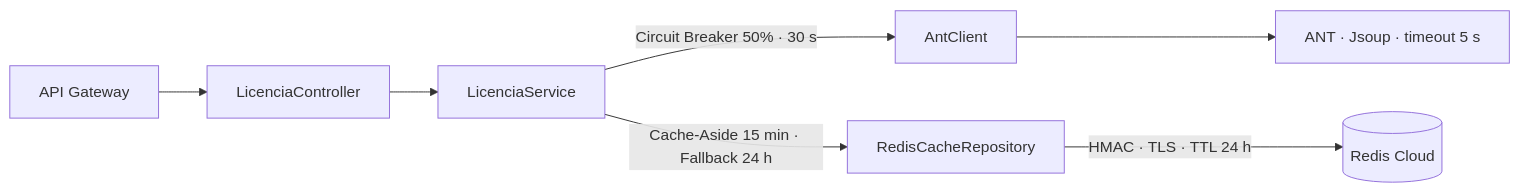
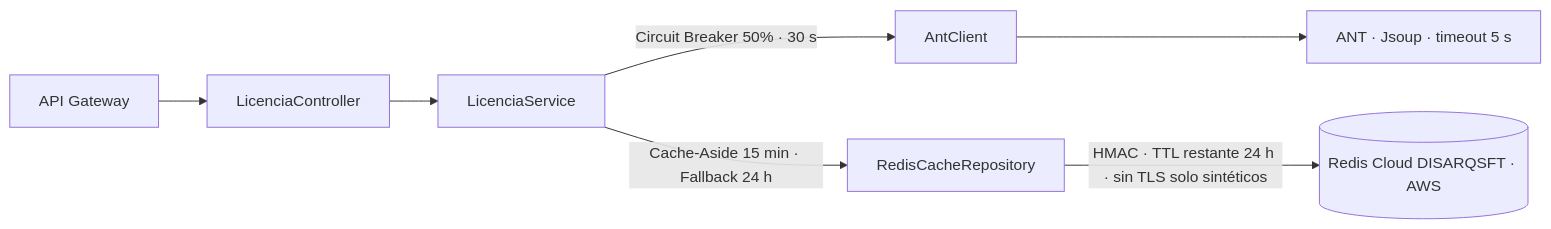
One commit to JosueRamses/Arquitectura-C4 changed the diagram in docs/arquitectura/C3-licencias.mmd. Above: the diagram before and after it, drawn with Mermaid. The commit also changed 13 other files, not shown here.

Commit message:
Configura Redis Cloud y verifica resiliencia con datos sinteticos

```diff
--- a/docs/arquitectura/C3-licencias.mmd
+++ b/docs/arquitectura/C3-licencias.mmd
@@ -1,7 +1,7 @@
 flowchart LR
  gateway[API Gateway] --> controller[LicenciaController]
  controller --> service[LicenciaService]
  service -->|Circuit Breaker 50% · 30 s| client[AntClient]
  client --> external[ANT · Jsoup · timeout 5 s]
  service -->|Cache-Aside 15 min · Fallback 24 h| cache[RedisCacheRepository]
- cache -->|HMAC · TLS · TTL 24 h| redis[(Redis Cloud)]
+ cache -->|HMAC · TTL restante 24 h · sin TLS solo sintéticos| redis[(Redis Cloud DISARQSFT · AWS)]
```
